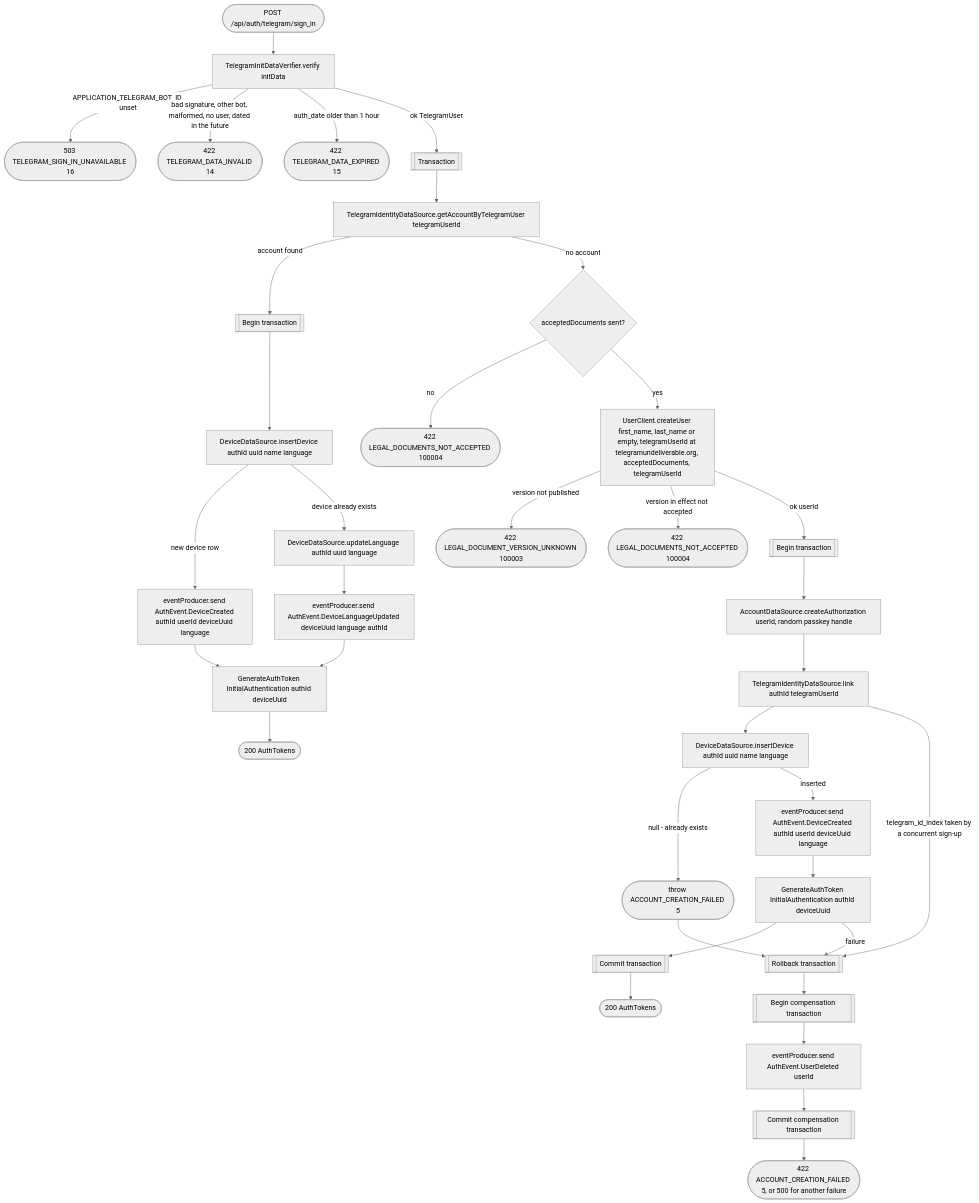
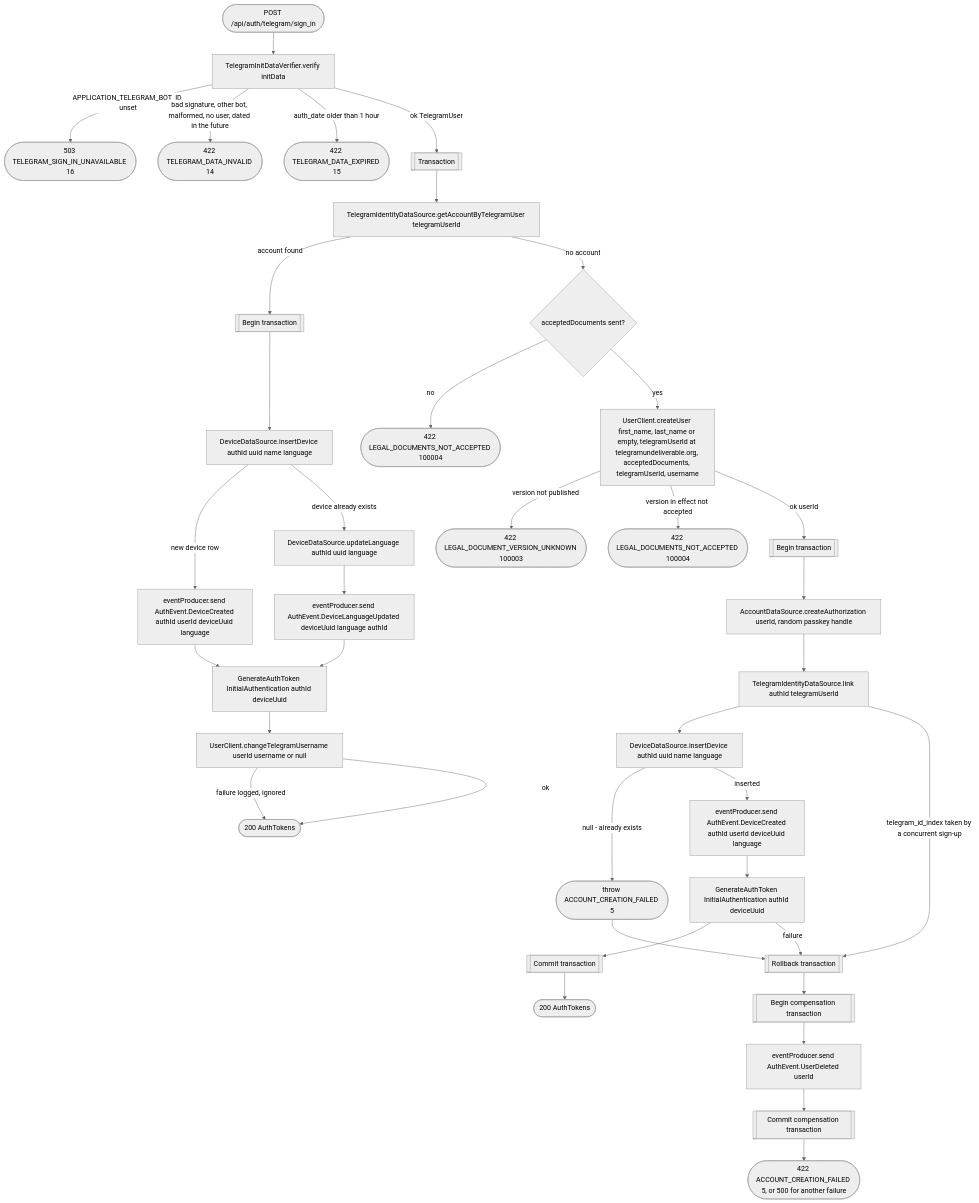
One commit to nocturneproperties/bookkme changed the diagram in docs/operations/authorization/telegram-sign-in.md. Above: the diagram before and after it, drawn with Mermaid (neutral theme). The commit also changed other lines of this file and 82 other files, not shown here.

Commit message:
[ISSUE-206] allow telegram username change

````diff
--- a/docs/operations/authorization/telegram-sign-in.md
+++ b/docs/operations/authorization/telegram-sign-in.md
@@ -15,36 +19,38 @@
 ```mermaid
 flowchart TD
     Start([POST /api/auth/telegram/sign_in]) --> Verify[TelegramInitDataVerifier.verify initData]
     Verify -- APPLICATION_TELEGRAM_BOT_ID unset --> R503([503 TELEGRAM_SIGN_IN_UNAVAILABLE 16])
     Verify -- bad signature, other bot, malformed, no user, dated in the future --> R422a([422 TELEGRAM_DATA_INVALID 14])
     Verify -- auth_date older than 1 hour --> R422b([422 TELEGRAM_DATA_EXPIRED 15])
     Verify -- ok TelegramUser --> Find[[Transaction]] --> Lookup[TelegramIdentityDataSource.getAccountByTelegramUser telegramUserId]
     Lookup -- account found --> STx[[Begin transaction]]
     STx --> InsertDevice[DeviceDataSource.insertDevice authId uuid name language]
     InsertDevice -- new device row --> DeviceCreatedEvt[eventProducer.send AuthEvent.DeviceCreated authId userId deviceUuid language]
     InsertDevice -- device already exists --> UpdateLang[DeviceDataSource.updateLanguage authId uuid language]
     UpdateLang --> LangEvt[eventProducer.send AuthEvent.DeviceLanguageUpdated deviceUuid language authId]
     DeviceCreatedEvt --> GenToken[GenerateAuthToken InitialAuthentication authId deviceUuid]
     LangEvt --> GenToken
-    GenToken --> R200a([200 AuthTokens])
+    GenToken --> SyncName[UserClient.changeTelegramUsername userId username or null]
+    SyncName -- failure logged, ignored --> R200a([200 AuthTokens])
+    SyncName -- ok --> R200a
     Lookup -- no account --> Docs{acceptedDocuments sent?}
     Docs -- no --> R422f([422 LEGAL_DOCUMENTS_NOT_ACCEPTED 100004])
-    Docs -- yes --> CreateUser[UserClient.createUser first_name, last_name or empty, telegramUserId at telegramundeliverable.org, acceptedDocuments, telegramUserId]
+    Docs -- yes --> CreateUser[UserClient.createUser first_name, last_name or empty, telegramUserId at telegramundeliverable.org, acceptedDocuments, telegramUserId, username]
     CreateUser -- version not published --> R422c([422 LEGAL_DOCUMENT_VERSION_UNKNOWN 100003])
     CreateUser -- version in effect not accepted --> R422d([422 LEGAL_DOCUMENTS_NOT_ACCEPTED 100004])
     CreateUser -- ok userId --> Tx[[Begin transaction]]
     Tx --> CreateAuth[AccountDataSource.createAuthorization userId, random passkey handle]
     CreateAuth --> Link[TelegramIdentityDataSource.link authId telegramUserId]
     Link --> NewDevice[DeviceDataSource.insertDevice authId uuid name language]
     NewDevice -- null - already exists --> Fail([throw ACCOUNT_CREATION_FAILED 5])
     NewDevice -- inserted --> NewDeviceEvt[eventProducer.send AuthEvent.DeviceCreated authId userId deviceUuid language]
     NewDeviceEvt --> NewToken[GenerateAuthToken InitialAuthentication authId deviceUuid]
     NewToken --> TxEnd[[Commit transaction]] --> R200b([200 AuthTokens])
     Link -- telegram_id_index taken by a concurrent sign-up --> Rollback
     NewToken -- failure --> Rollback
     Fail --> Rollback[[Rollback transaction]]
     Rollback --> CompTx[[Begin compensation transaction]]
     CompTx --> Compensate[eventProducer.send AuthEvent.UserDeleted userId]
     Compensate --> CompEnd[[Commit compensation transaction]]
     CompEnd --> R422e([422 ACCOUNT_CREATION_FAILED 5, or 500 for another failure])
 ```
````
